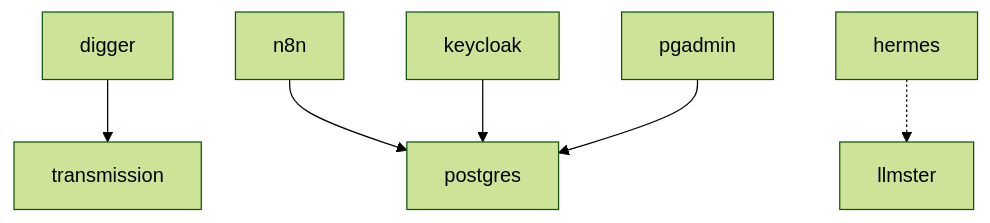
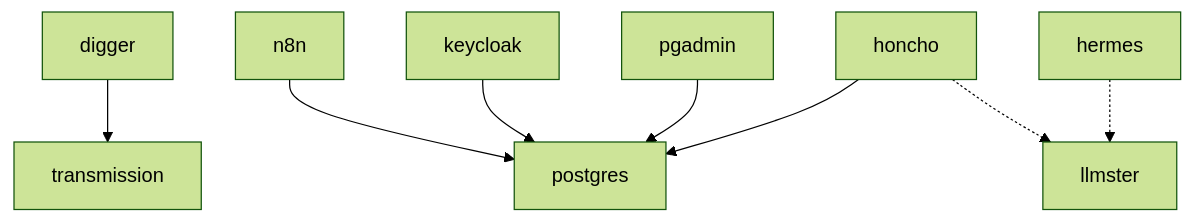
Before and after one commit to mouralx/homelab: the third of 5 diagrams in docs/architecture.md, drawn with Mermaid (forest theme). The commit also changed other lines of this file and 7 other files, not shown here.

````diff
--- a/docs/architecture.md
+++ b/docs/architecture.md
@@ -214,8 +220,10 @@
 ```mermaid
 flowchart TD
     digger --> transmission
     n8n --> postgres
     keycloak --> postgres
+    honcho --> postgres
     pgadmin --> postgres
     hermes -.-> llmster
+    honcho -.-> llmster
 ```
````
